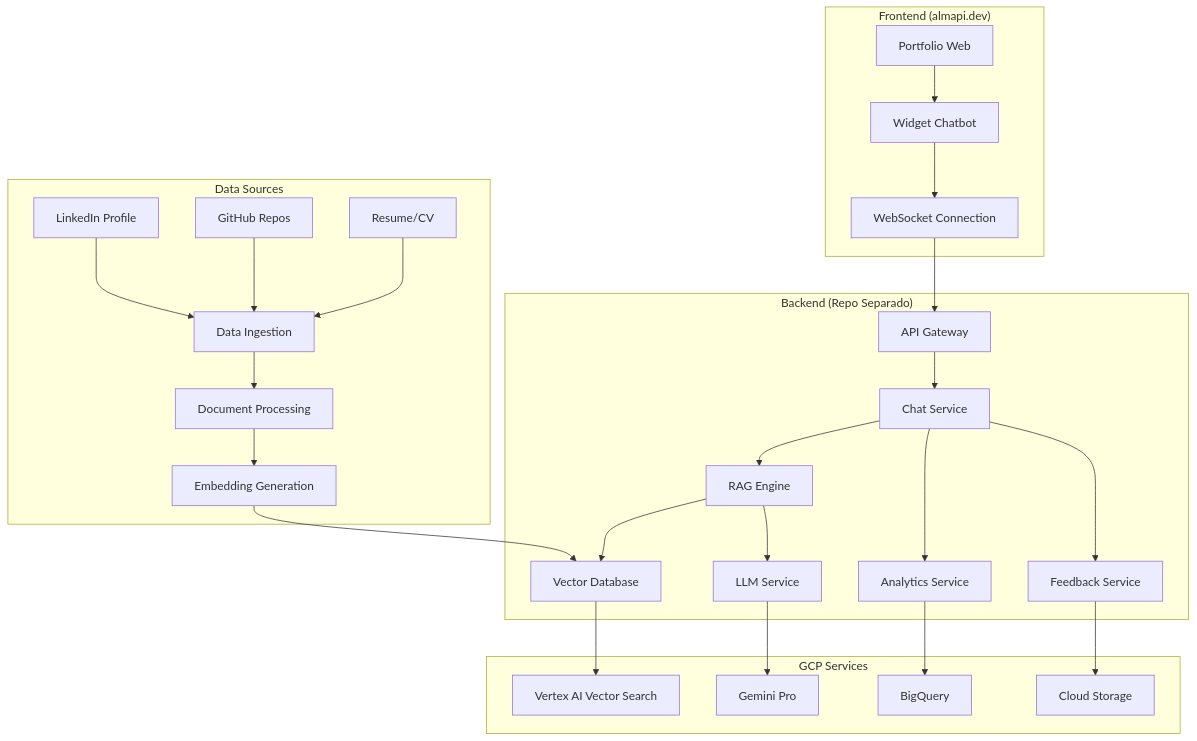
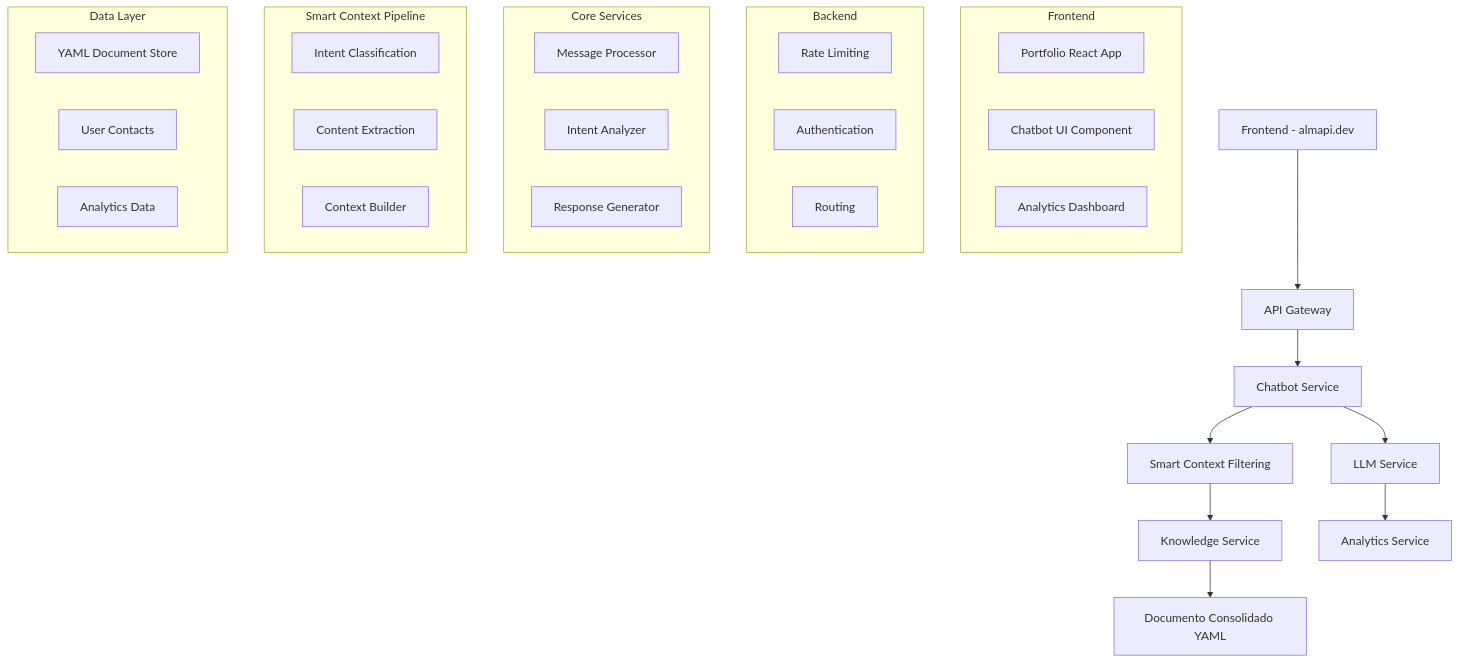
The first of 13 diagrams in docs/tech-solution.md (LIDR-academy/AI4Devs-finalproject), drawn with Mermaid before and after one commit. The commit also changed other lines of this file and 21 other files, not shown here.

````diff
--- a/docs/tech-solution.md
+++ b/docs/tech-solution.md
@@ -115,34 +31,40 @@
 ```mermaid
 graph TB
-    subgraph "Frontend (almapi.dev)"
-        A[Portfolio Web] --> B[Widget Chatbot]
-        B --> C[WebSocket Connection]
+    A[Frontend - almapi.dev] --> B[API Gateway]
+    B --> C[Chatbot Service]
+    C --> D[Smart Context Filtering]
+    D --> E[Knowledge Service]
+    E --> F[Documento Consolidado YAML]
+    C --> G[LLM Service]
+    G --> H[Analytics Service]
+    
+    subgraph "Frontend"
+        A1[Portfolio React App]
+        A2[Chatbot UI Component]
+        A3[Analytics Dashboard]
     end
     
-    subgraph "Backend (Repo Separado)"
-        C --> D[API Gateway]
-        D --> E[Chat Service]
-        E --> F[RAG Engine]
-        F --> G[Vector Database]
-        F --> H[LLM Service]
-        
-        E --> I[Analytics Service]
-        E --> J[Feedback Service]
+    subgraph "Backend"
+        B1[Rate Limiting]
+        B2[Authentication]
+        B3[Routing]
     end
     
-    subgraph "GCP Services"
-        G --> K[Vertex AI Vector Search]
-        H --> L[Gemini Pro]
-        I --> M[BigQuery]
-        J --> N[Cloud Storage]
+    subgraph "Core Services"
+        C1[Message Processor]
+        C2[Intent Analyzer]
+        C3[Response Generator]
     end
     
-    subgraph "Data Sources"
-        O[LinkedIn Profile] --> P[Data Ingestion]
-        Q[GitHub Repos] --> P
-        R[Resume/CV] --> P
-        P --> S[Document Processing]
-        S --> T[Embedding Generation]
-        T --> G
+    subgraph "Smart Context Pipeline"
+        D1[Intent Classification]
+        D2[Content Extraction]
+        D3[Context Builder]
+    end
+    
+    subgraph "Data Layer"
+        F1[YAML Document Store]
+        F2[User Contacts]
+        F3[Analytics Data]
     end
 ```
````
